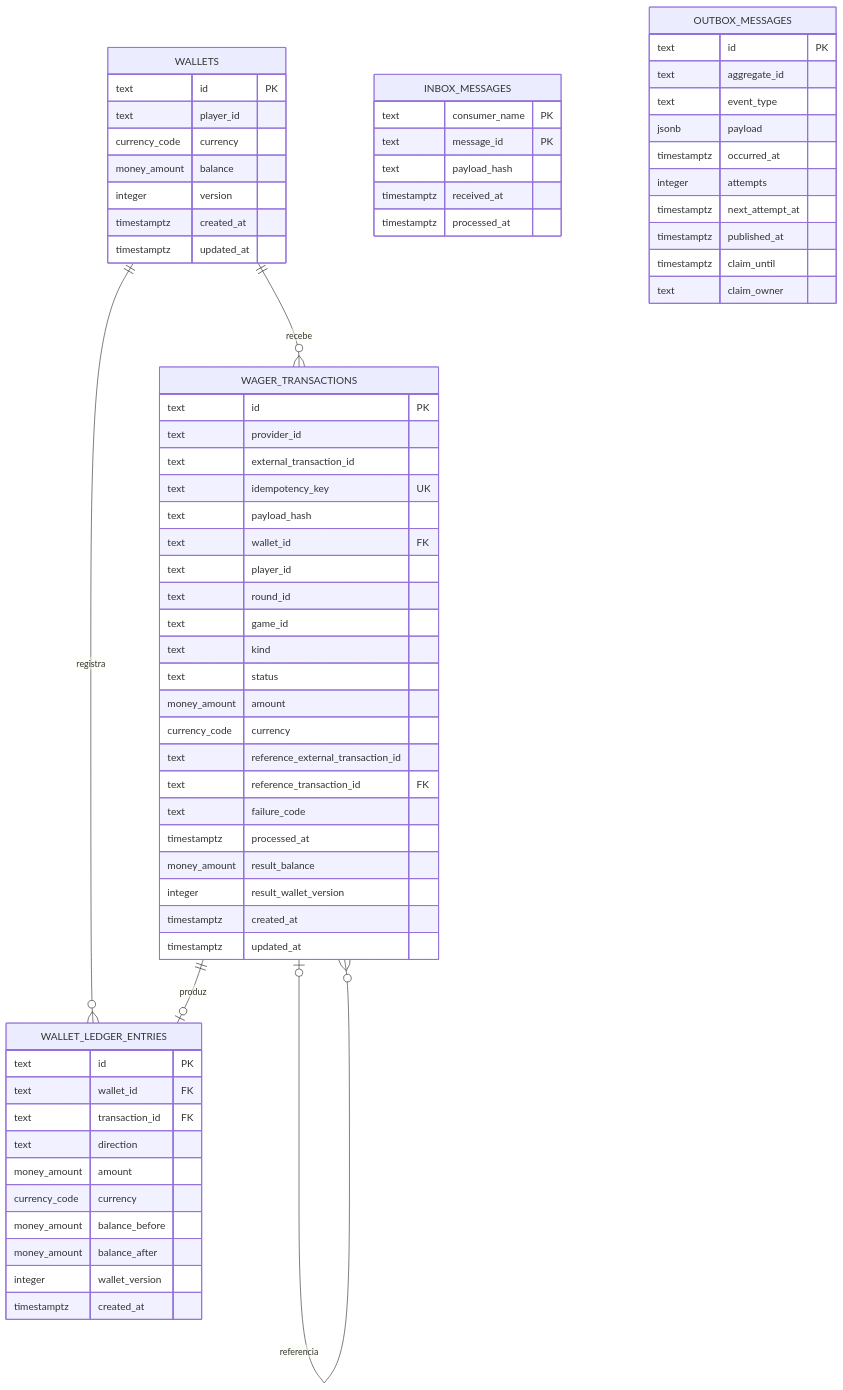
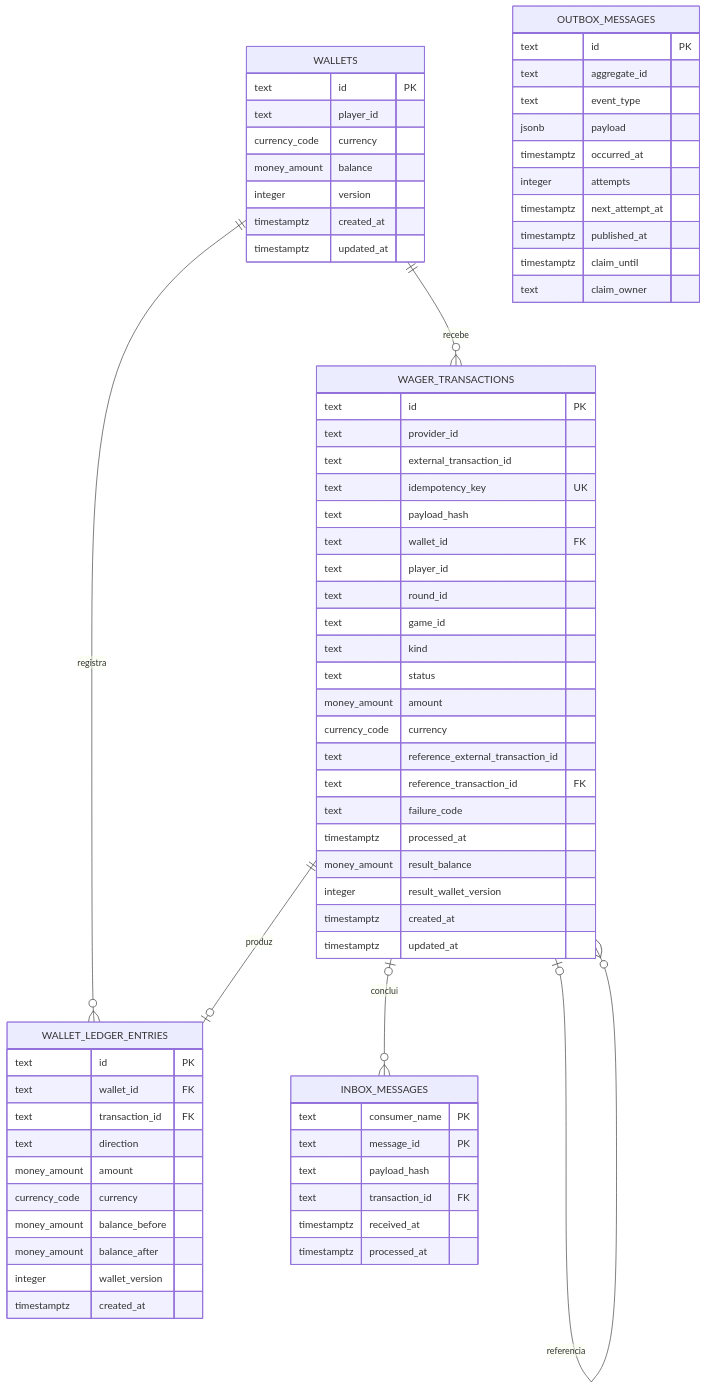
Before and after one commit to FOX-Braga/jungle-wagering-processor: the diagram in docs/DATABASE_SCHEMA.md, drawn with Mermaid. The commit also changed other lines of this file and 95 other files, not shown here.

````diff
--- a/docs/DATABASE_SCHEMA.md
+++ b/docs/DATABASE_SCHEMA.md
@@ -5,71 +5,73 @@
 ```mermaid
 erDiagram
     WALLETS ||--o{ WAGER_TRANSACTIONS : recebe
     WALLETS ||--o{ WALLET_LEDGER_ENTRIES : registra
     WAGER_TRANSACTIONS ||--o| WALLET_LEDGER_ENTRIES : produz
     WAGER_TRANSACTIONS o|--o{ WAGER_TRANSACTIONS : referencia
+    WAGER_TRANSACTIONS o|--o{ INBOX_MESSAGES : conclui
 
     WALLETS {
         text id PK
         text player_id
         currency_code currency
         money_amount balance
         integer version
         timestamptz created_at
         timestamptz updated_at
     }
     WAGER_TRANSACTIONS {
         text id PK
         text provider_id
         text external_transaction_id
         text idempotency_key UK
         text payload_hash
         text wallet_id FK
         text player_id
         text round_id
         text game_id
         text kind
         text status
         money_amount amount
         currency_code currency
         text reference_external_transaction_id
         text reference_transaction_id FK
         text failure_code
         timestamptz processed_at
         money_amount result_balance
         integer result_wallet_version
         timestamptz created_at
         timestamptz updated_at
     }
     WALLET_LEDGER_ENTRIES {
         text id PK
         text wallet_id FK
         text transaction_id FK
         text direction
         money_amount amount
         currency_code currency
         money_amount balance_before
         money_amount balance_after
         integer wallet_version
         timestamptz created_at
     }
     INBOX_MESSAGES {
         text consumer_name PK
         text message_id PK
         text payload_hash
+        text transaction_id FK
         timestamptz received_at
         timestamptz processed_at
     }
     OUTBOX_MESSAGES {
         text id PK
         text aggregate_id
         text event_type
         jsonb payload
         timestamptz occurred_at
         integer attempts
         timestamptz next_attempt_at
         timestamptz published_at
         timestamptz claim_until
         text claim_owner
     }
 ```
````
